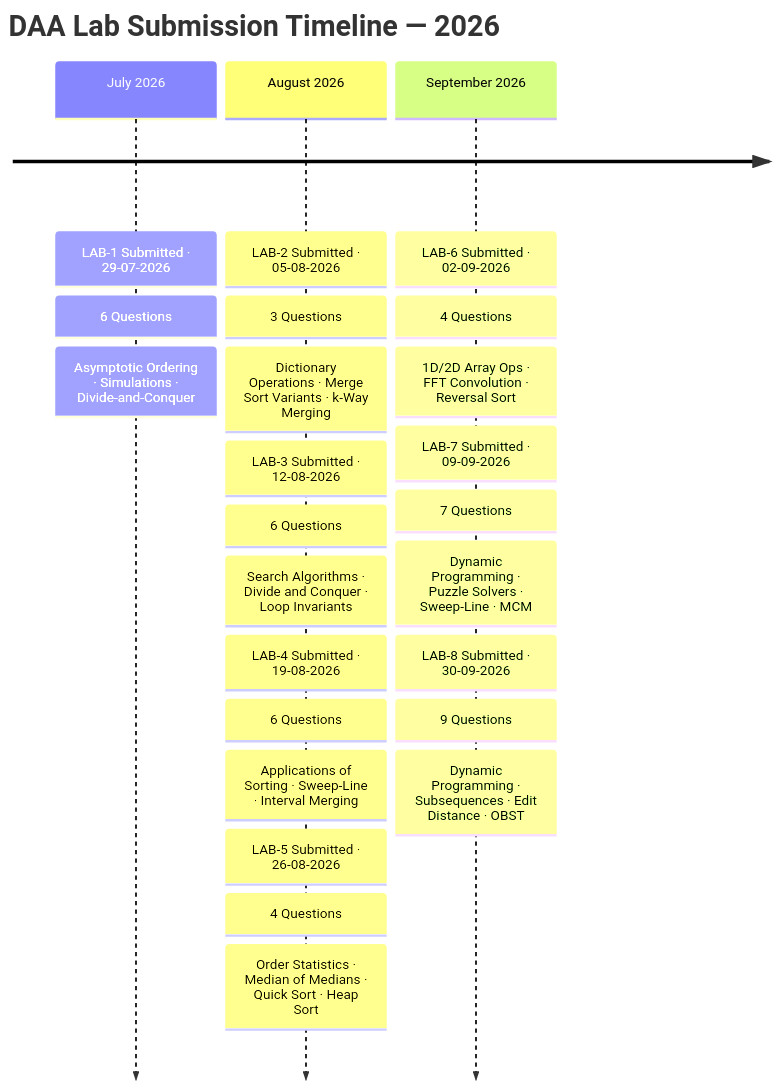
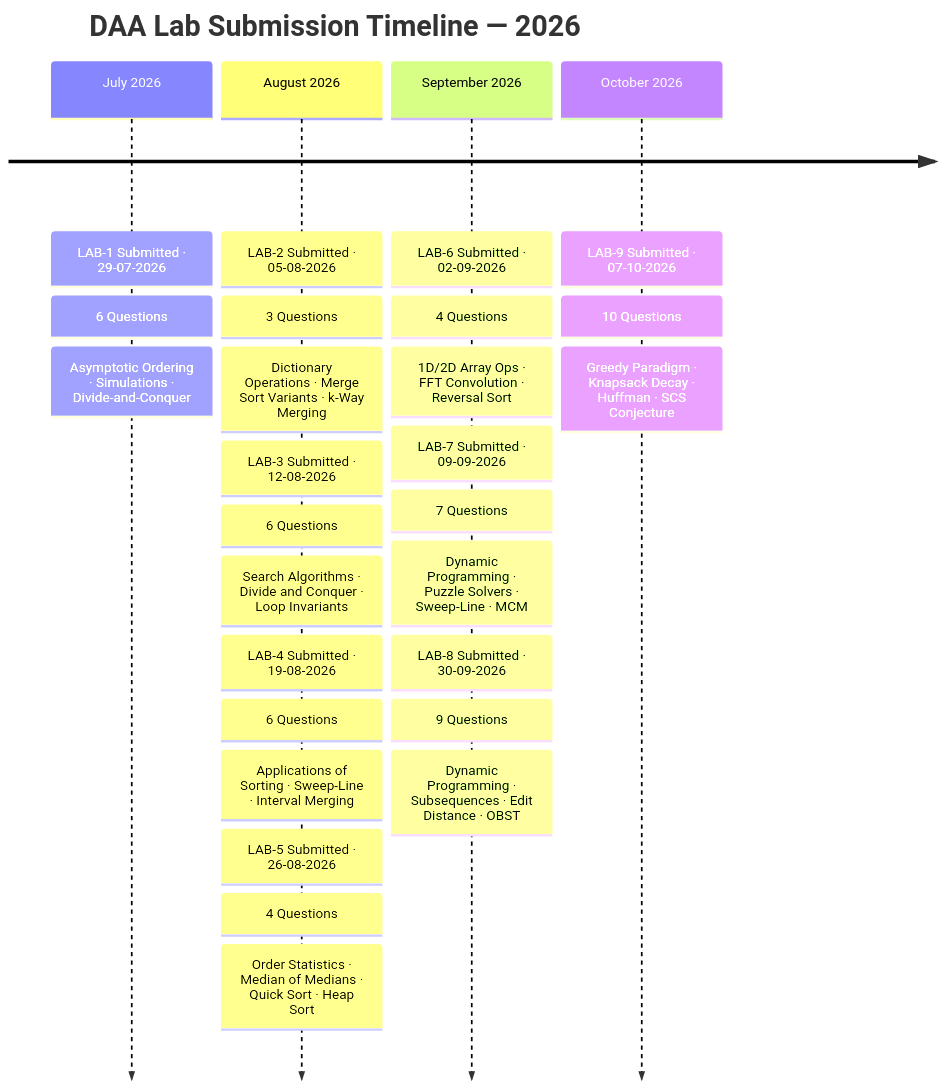
The first of 14 diagrams in README.md (Asit-Kumar-Mohapatra/Design-and-Analysis-of-Algorithm-DAA-Assignments-2026), drawn with Mermaid before and after one commit. The commit also changed other lines of this file, not shown here.

````diff
--- a/README.md
+++ b/README.md
@@ -125,28 +136,31 @@
 ```mermaid
 timeline
     title  DAA Lab Submission Timeline — 2026
     July 2026   : LAB-1 Submitted  ·  29-07-2026
                 : 6 Questions
                 : Asymptotic Ordering · Simulations · Divide-and-Conquer
     August 2026 : LAB-2 Submitted  ·  05-08-2026
                 : 3 Questions
                 : Dictionary Operations · Merge Sort Variants · k-Way Merging
                 : LAB-3 Submitted  ·  12-08-2026
                 : 6 Questions
                 : Search Algorithms · Divide and Conquer · Loop Invariants
                 : LAB-4 Submitted  ·  19-08-2026
                 : 6 Questions
                 : Applications of Sorting · Sweep-Line · Interval Merging
                 : LAB-5 Submitted  ·  26-08-2026
                 : 4 Questions
                 : Order Statistics · Median of Medians · Quick Sort · Heap Sort
     September 2026 : LAB-6 Submitted  ·  02-09-2026
                    : 4 Questions
                    : 1D/2D Array Ops · FFT Convolution · Reversal Sort
                    : LAB-7 Submitted  ·  09-09-2026
                    : 7 Questions
                    : Dynamic Programming · Puzzle Solvers · Sweep-Line · MCM
                    : LAB-8 Submitted  ·  30-09-2026
                    : 9 Questions
                    : Dynamic Programming · Subsequences · Edit Distance · OBST
+    October 2026   : LAB-9 Submitted  ·  07-10-2026
+                   : 10 Questions
+                   : Greedy Paradigm · Knapsack Decay · Huffman · SCS Conjecture
 ```
````
